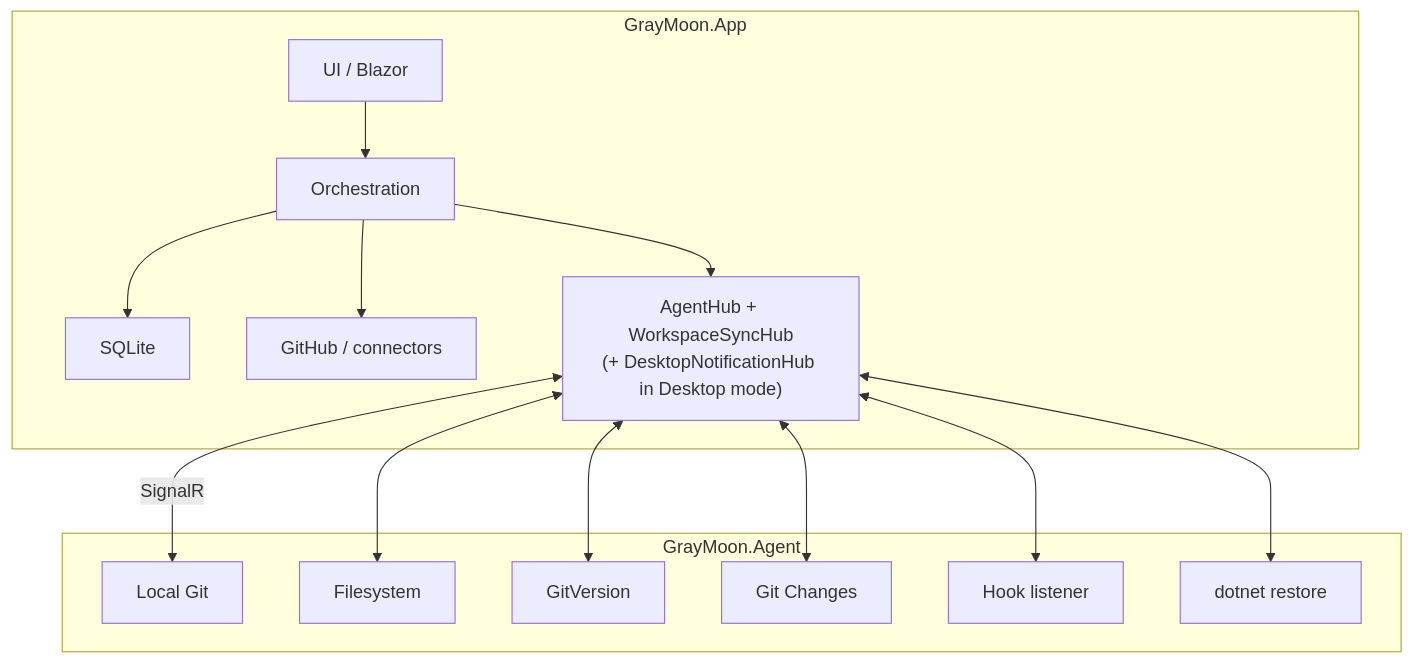
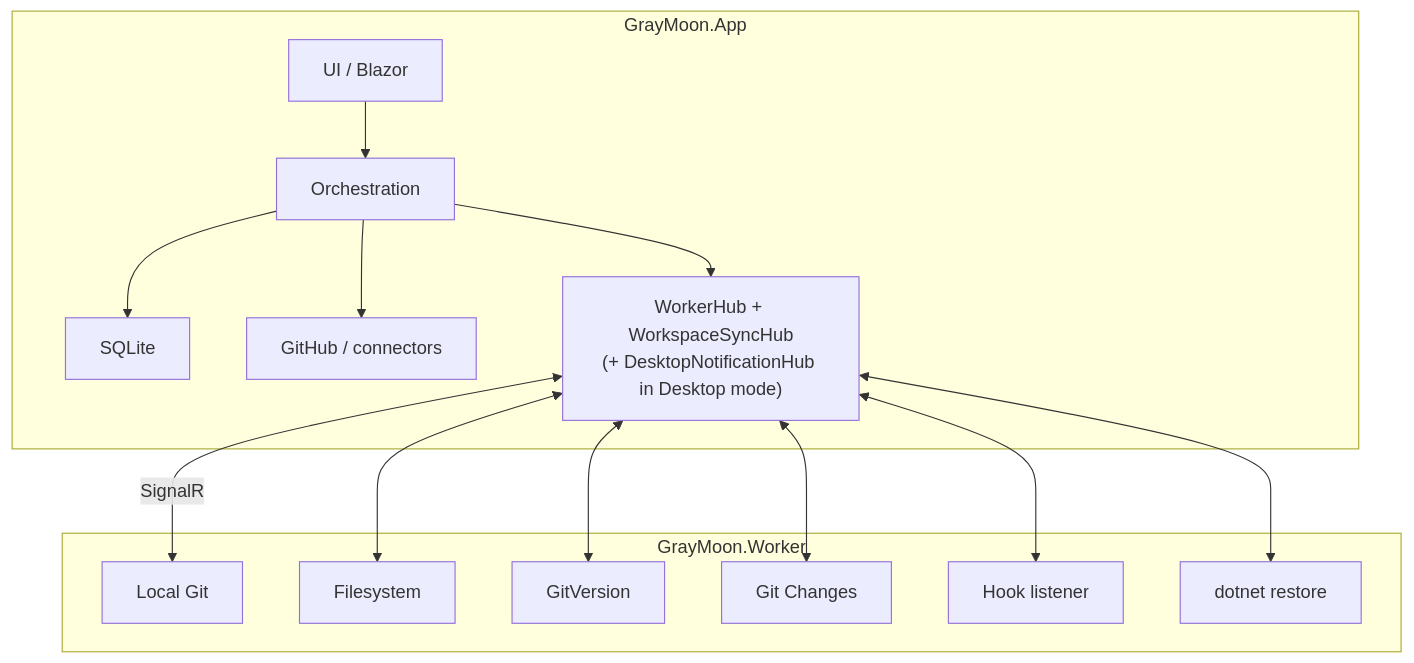
One commit to Jandini/GrayMoon changed the first of 3 diagrams in docs/architecture/README.md. Above: the diagram before and after it, drawn with Mermaid. The commit also changed other lines of this file and 774 other files, not shown here.

Commit message:
Rename agent to worker (#383)

````diff
--- a/docs/architecture/README.md
+++ b/docs/architecture/README.md
@@ -52,30 +52,30 @@
 ```mermaid
 flowchart TB
   subgraph AppSide["GrayMoon.App"]
     UI["UI / Blazor"]
     Orch["Orchestration"]
     DB["SQLite"]
     GH["GitHub / connectors"]
-    Hub["AgentHub + WorkspaceSyncHub<br/>(+ DesktopNotificationHub in Desktop mode)"]
+    Hub["WorkerHub + WorkspaceSyncHub<br/>(+ DesktopNotificationHub in Desktop mode)"]
   end
 
-  subgraph AgentSide["GrayMoon.Agent"]
+  subgraph WorkerSide["GrayMoon.Worker"]
     Git["Local Git"]
     FS["Filesystem"]
     GV["GitVersion"]
     GC["Git Changes"]
     Hooks["Hook listener"]
     Restore["dotnet restore"]
   end
 
   UI --> Orch
   Orch --> DB
   Orch --> GH
   Orch --> Hub
   Hub <-->|"SignalR"| Git
   Hub <--> FS
   Hub <--> GV
   Hub <--> GC
   Hub <--> Hooks
   Hub <--> Restore
 ```
````
